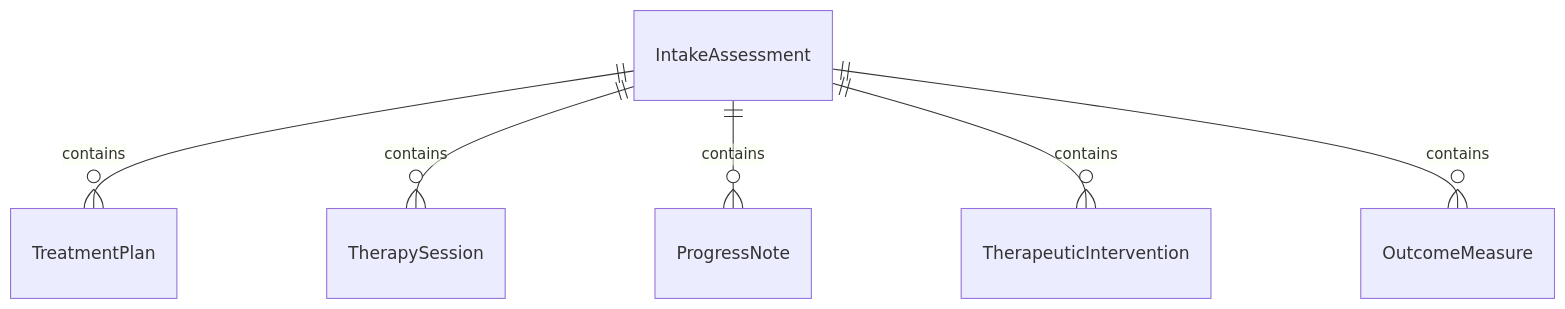
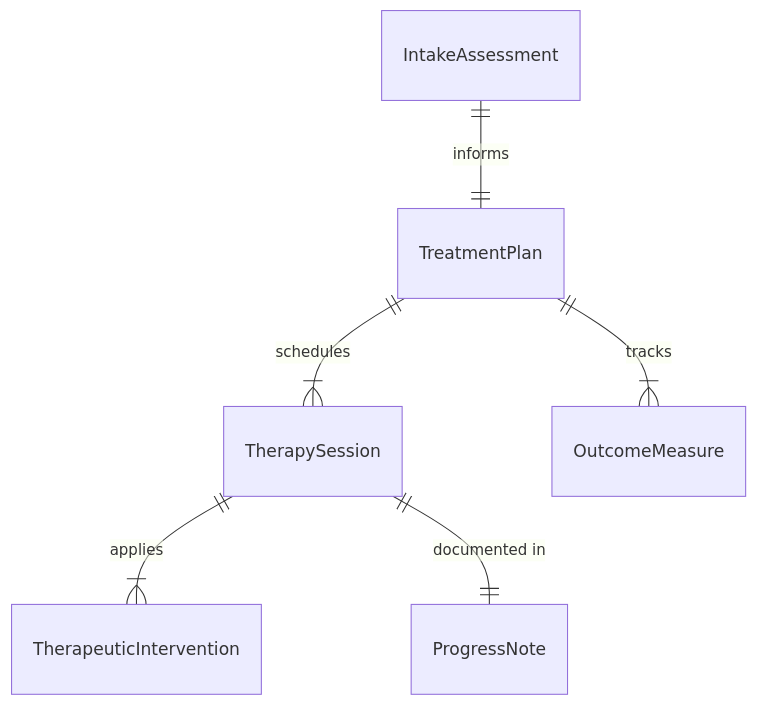
Before and after one commit to dot-org-ai/tasks.org.ai: the first of 4 diagrams in AssistingAndCaringForOthers/AdministerTherapeuticTreatments/TreatPatientsUsingPsychologicalTherapies.mdx, drawn with Mermaid. The commit also changed other lines of this file and 32 other files, not shown here.

First line of the commit message:
fix: Improve ER and State diagrams in 32 AssistingAndCaringForOthers DWA files

````diff
--- a/AssistingAndCaringForOthers/AdministerTherapeuticTreatments/TreatPatientsUsingPsychologicalTherapies.mdx
+++ b/AssistingAndCaringForOthers/AdministerTherapeuticTreatments/TreatPatientsUsingPsychologicalTherapies.mdx
@@ -88,8 +88,8 @@
 ```mermaid
 erDiagram
-    IntakeAssessment ||--o{ TreatmentPlan : contains
-    IntakeAssessment ||--o{ TherapySession : contains
-    IntakeAssessment ||--o{ ProgressNote : contains
-    IntakeAssessment ||--o{ TherapeuticIntervention : contains
-    IntakeAssessment ||--o{ OutcomeMeasure : contains
+    IntakeAssessment ||--|| TreatmentPlan : informs
+    TreatmentPlan ||--|{ TherapySession : schedules
+    TherapySession ||--|{ TherapeuticIntervention : applies
+    TherapySession ||--|| ProgressNote : "documented in"
+    TreatmentPlan ||--|{ OutcomeMeasure : tracks
 ```
````
